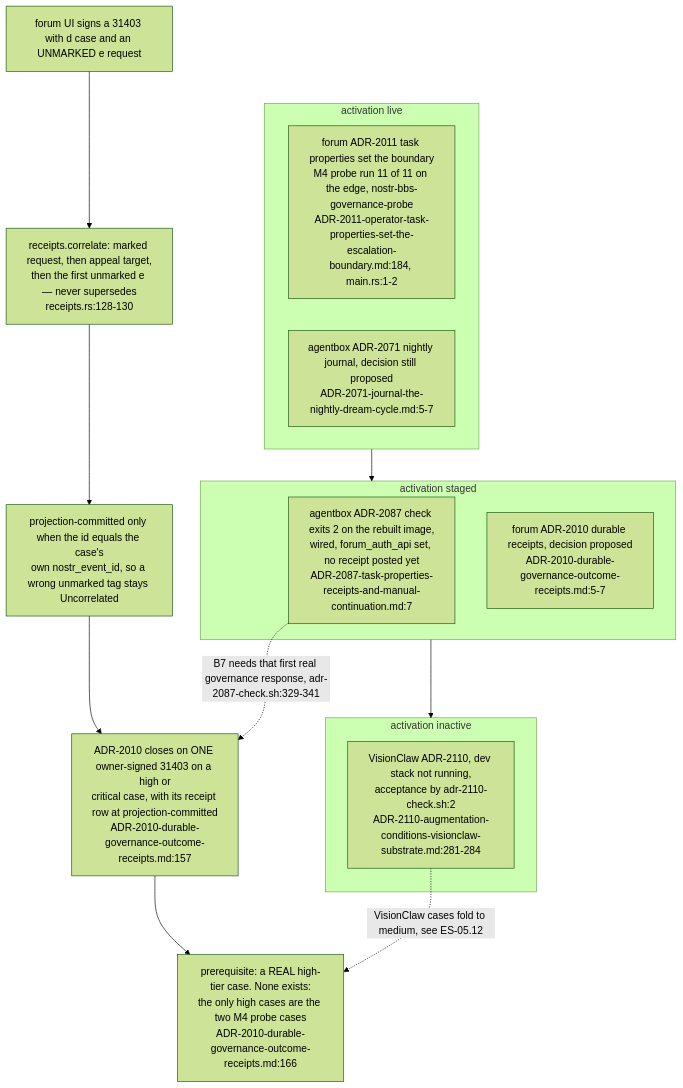
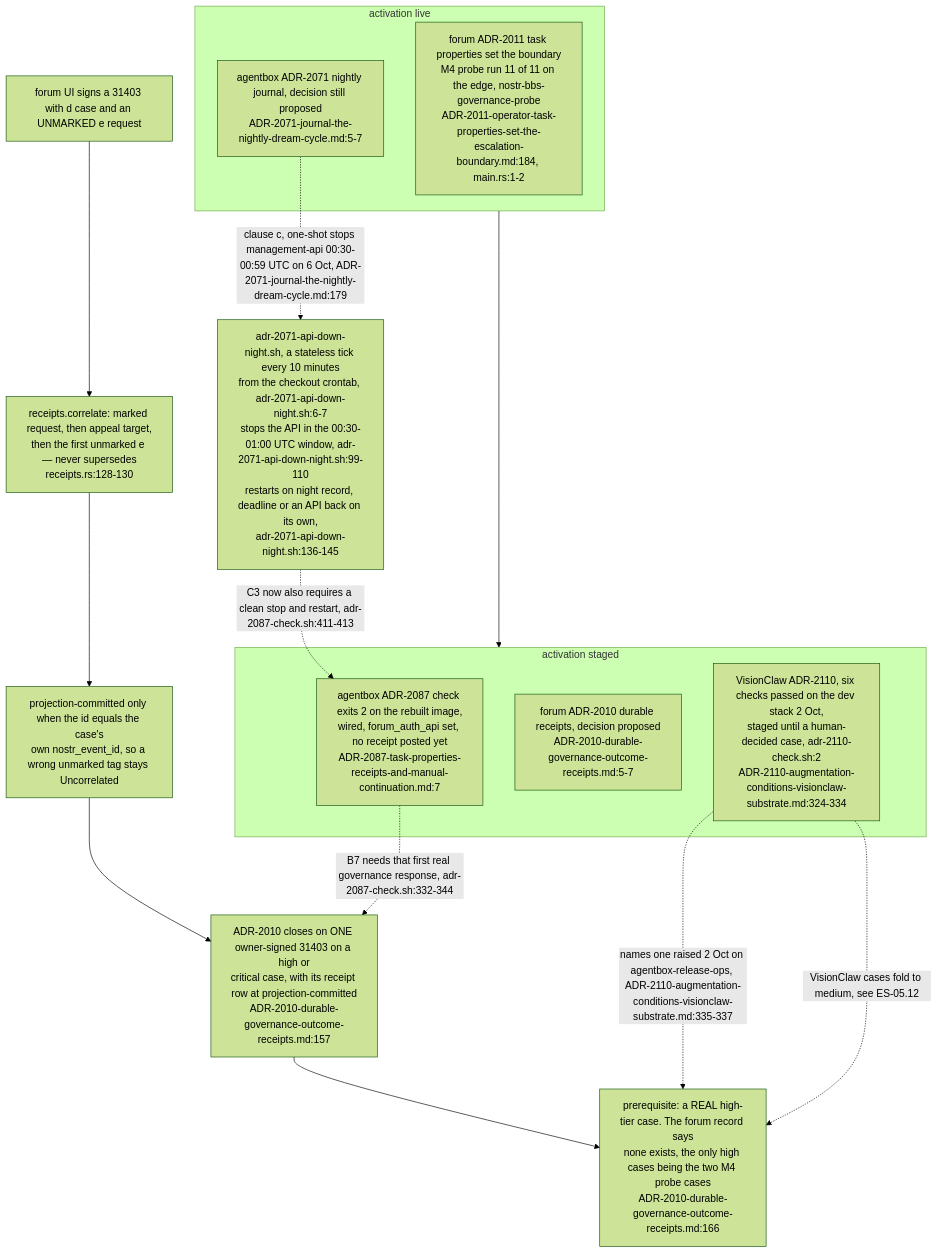
Before and after one commit to DreamLab-AI/VisionFlow: the tenth of 10 diagrams in docs/diagrams/estate/05-governance-loop-across-estate.md, drawn with Mermaid (forest theme). The commit also changed other lines of this file and 31 other files, not shown here.

````diff
--- a/docs/diagrams/estate/05-governance-loop-across-estate.md
+++ b/docs/diagrams/estate/05-governance-loop-across-estate.md
@@ -307,22 +311,23 @@
 ```mermaid
 flowchart TB
     subgraph LIVE["activation live"]
         F2011["forum ADR-2011 task properties set the boundary<br/>M4 probe run 11 of 11 on the edge, nostr-bbs-governance-probe<br/>ADR-2011-operator-task-properties-set-the-escalation-boundary.md:184, main.rs:1-2"]
         A2071["agentbox ADR-2071 nightly journal, decision still proposed<br/>ADR-2071-journal-the-nightly-dream-cycle.md:5-7"]
     end
+    A2071 -.->|"clause c, one-shot stops management-api 00:30-00:59 UTC on 6 Oct, ADR-2071-journal-the-nightly-dream-cycle.md:179"| ONESHOT["adr-2071-api-down-night.sh, a stateless tick every 10 minutes<br/>from the checkout crontab, adr-2071-api-down-night.sh:6-7<br/>stops the API in the 00:30-01:00 UTC window, adr-2071-api-down-night.sh:99-110<br/>restarts on night record, deadline or an API back on its own,<br/>adr-2071-api-down-night.sh:136-145"]
+    ONESHOT -.->|"C3 now also requires a clean stop and restart, adr-2087-check.sh:411-413"| A2087
     subgraph STAGED["activation staged"]
         A2087["agentbox ADR-2087 check exits 2 on the rebuilt image,<br/>wired, forum_auth_api set, no receipt posted yet<br/>ADR-2087-task-properties-receipts-and-manual-continuation.md:7"]
         F2010["forum ADR-2010 durable receipts, decision proposed<br/>ADR-2010-durable-governance-outcome-receipts.md:5-7"]
+        V2110["VisionClaw ADR-2110, six checks passed on the dev stack 2 Oct,<br/>staged until a human-decided case, adr-2110-check.sh:2<br/>ADR-2110-augmentation-conditions-visionclaw-substrate.md:324-334"]
     end
-    subgraph INACTIVE["activation inactive"]
-        V2110["VisionClaw ADR-2110, dev stack not running,<br/>acceptance by adr-2110-check.sh:2<br/>ADR-2110-augmentation-conditions-visionclaw-substrate.md:281-284"]
-    end
-    LIVE --> STAGED --> INACTIVE
+    LIVE --> STAGED
 
     UI["forum UI signs a 31403 with d case and an UNMARKED e request"] --> COR["receipts.correlate: marked request, then appeal target,<br/>then the first unmarked e — never supersedes<br/>receipts.rs:128-130"]
     COR --> PROJ["projection-committed only when the id equals the case's<br/>own nostr_event_id, so a wrong unmarked tag stays Uncorrelated"]
     PROJ --> ACC["ADR-2010 closes on ONE owner-signed 31403 on a high or<br/>critical case, with its receipt row at projection-committed<br/>ADR-2010-durable-governance-outcome-receipts.md:157"]
-    ACC --> NOCASE["prerequisite: a REAL high-tier case. None exists:<br/>the only high cases are the two M4 probe cases<br/>ADR-2010-durable-governance-outcome-receipts.md:166"]
+    ACC --> NOCASE["prerequisite: a REAL high-tier case. The forum record says<br/>none exists, the only high cases being the two M4 probe cases<br/>ADR-2010-durable-governance-outcome-receipts.md:166"]
+    V2110 -.->|"names one raised 2 Oct on agentbox-release-ops, ADR-2110-augmentation-conditions-visionclaw-substrate.md:335-337"| NOCASE
     V2110 -.->|"VisionClaw cases fold to medium, see ES-05.12"| NOCASE
-    A2087 -.->|"B7 needs that first real governance response, adr-2087-check.sh:329-341"| ACC
+    A2087 -.->|"B7 needs that first real governance response, adr-2087-check.sh:332-344"| ACC
 ```
````
